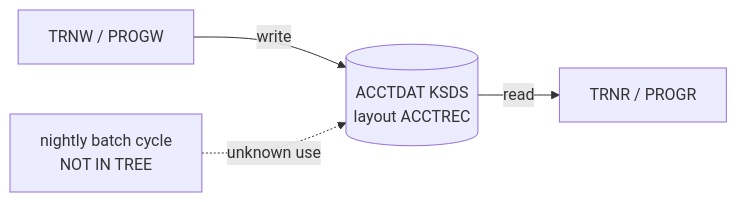
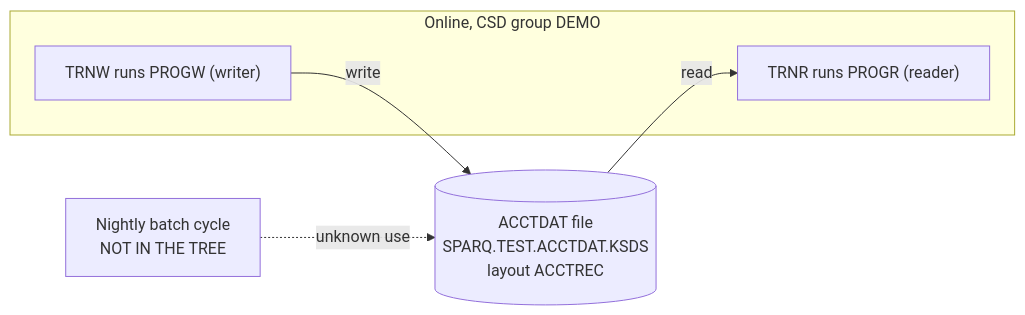
Before and after one commit to Sparq-Holding-Inc/claude-legacy-modernization: the diagram in evals/runs/05-vsam-cics-pair/modernization-assessment/02-coupling.md, drawn with Mermaid. The commit also changed other lines of this file and 217 other files, not shown here.

````diff
--- a/evals/runs/05-vsam-cics-pair/modernization-assessment/02-coupling.md
+++ b/evals/runs/05-vsam-cics-pair/modernization-assessment/02-coupling.md
@@ -45,6 +20,12 @@
 ```mermaid
 graph LR
-  TRNW[TRNW / PROGW] -- write --> KSDS[(ACCTDAT KSDS<br/>layout ACCTREC)]
-  KSDS -- read --> TRNR[TRNR / PROGR]
-  BATCH[nightly batch cycle<br/>NOT IN TREE] -. unknown use .-> KSDS
+  subgraph online["Online, CSD group DEMO"]
+    TRNW["TRNW runs PROGW (writer)"]
+    TRNR["TRNR runs PROGR (reader)"]
+  end
+  KSDS[("ACCTDAT file<br/>SPARQ.TEST.ACCTDAT.KSDS<br/>layout ACCTREC")]
+  BATCH["Nightly batch cycle<br/>NOT IN THE TREE"]
+  TRNW -->|write| KSDS
+  KSDS -->|read| TRNR
+  BATCH -. "unknown use" .-> KSDS
 ```
````
